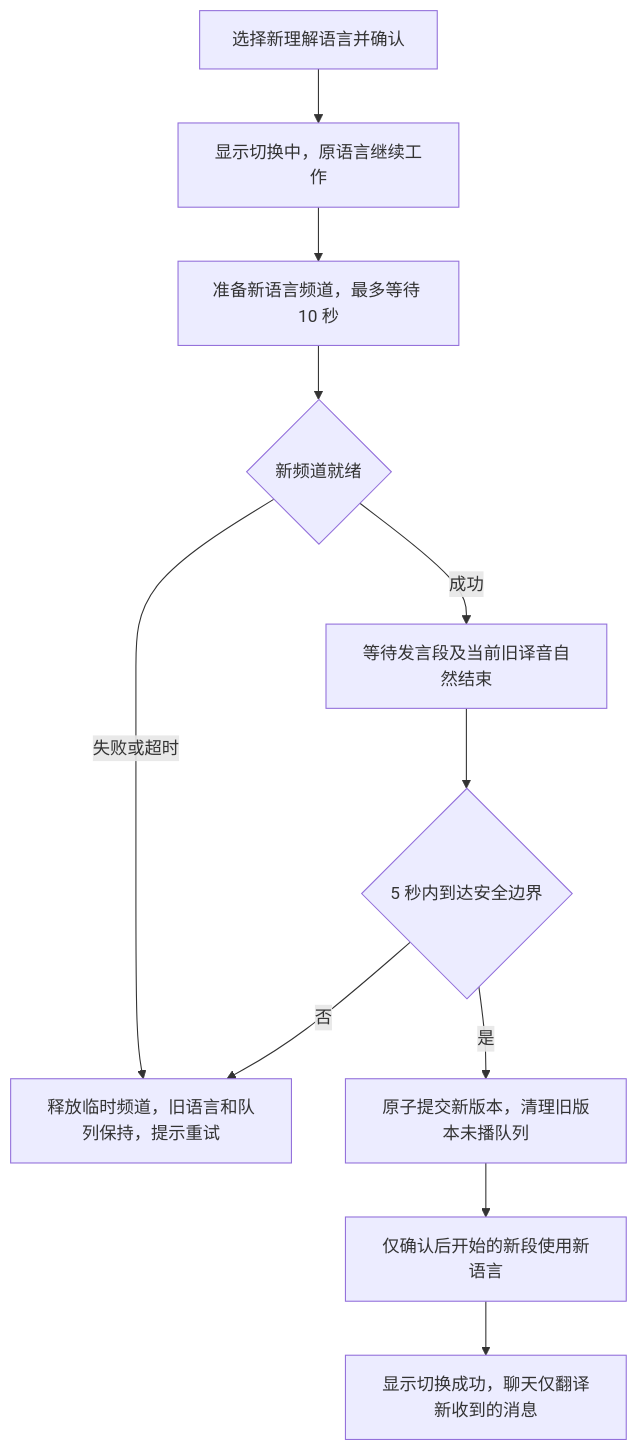
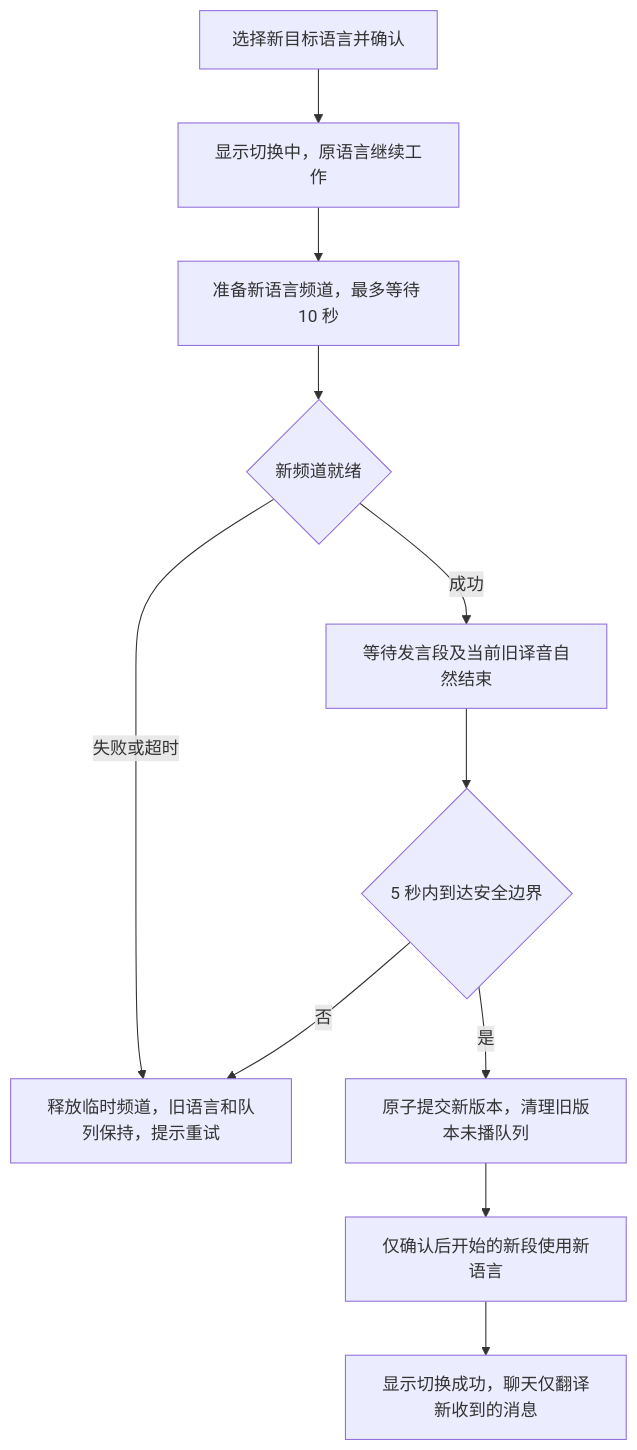
The sixth of 10 diagrams in 产品设计/实时多语言转换会议室.md (AIAnnotationTeam/RulesAndMD), drawn with Mermaid before and after one commit. The commit also changed other lines of this file and 26 other files, not shown here.

````diff
--- a/产品设计/实时多语言转换会议室.md
+++ b/产品设计/实时多语言转换会议室.md
@@ -317,13 +333,13 @@
 ```mermaid
 flowchart TD
-    A[选择新理解语言并确认] --> B[显示切换中，原语言继续工作]
+    A[选择新目标语言并确认] --> B[显示切换中，原语言继续工作]
     B --> C[准备新语言频道，最多等待 10 秒]
     C --> D{新频道就绪}
     D -->|失败或超时| E[释放临时频道，旧语言和队列保持，提示重试]
     D -->|成功| F[等待发言段及当前旧译音自然结束]
     F --> G{5 秒内到达安全边界}
     G -->|是| H[原子提交新版本，清理旧版本未播队列]
     G -->|否| E
     H --> J[仅确认后开始的新段使用新语言]
     J --> K[显示切换成功，聊天仅翻译新收到的消息]
 ```
````
